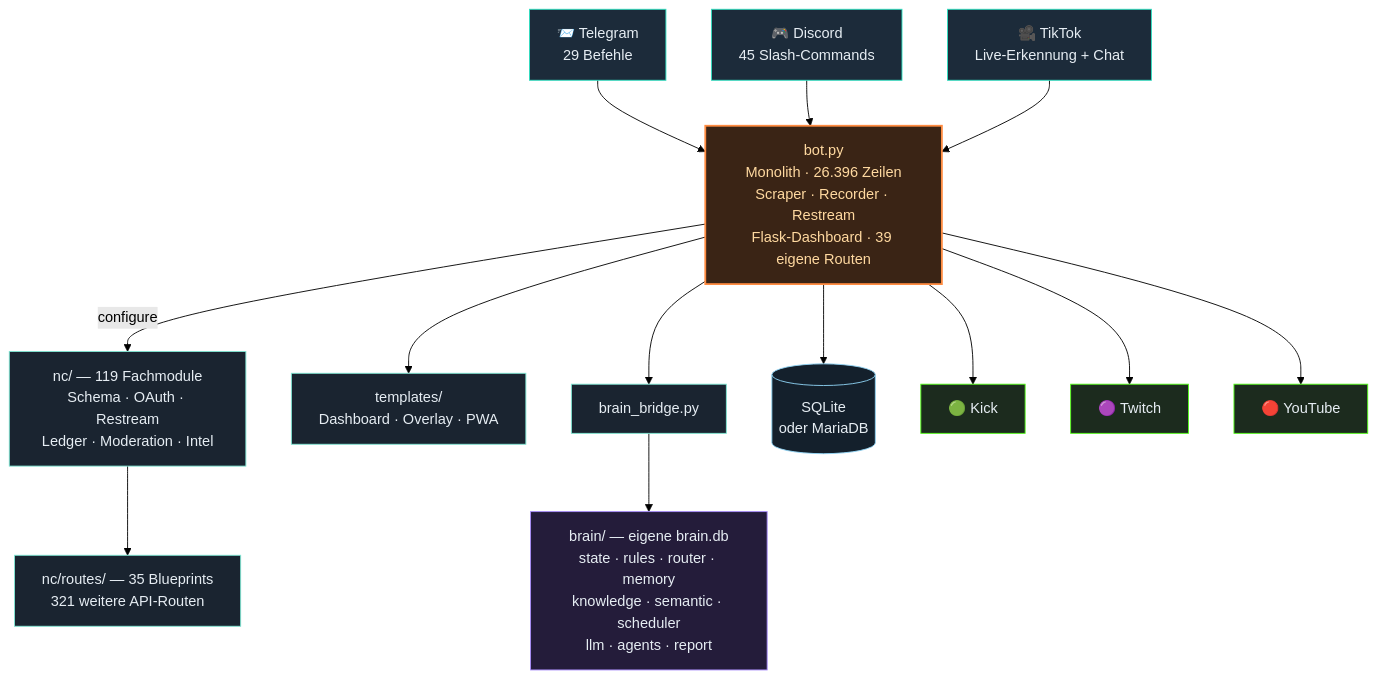
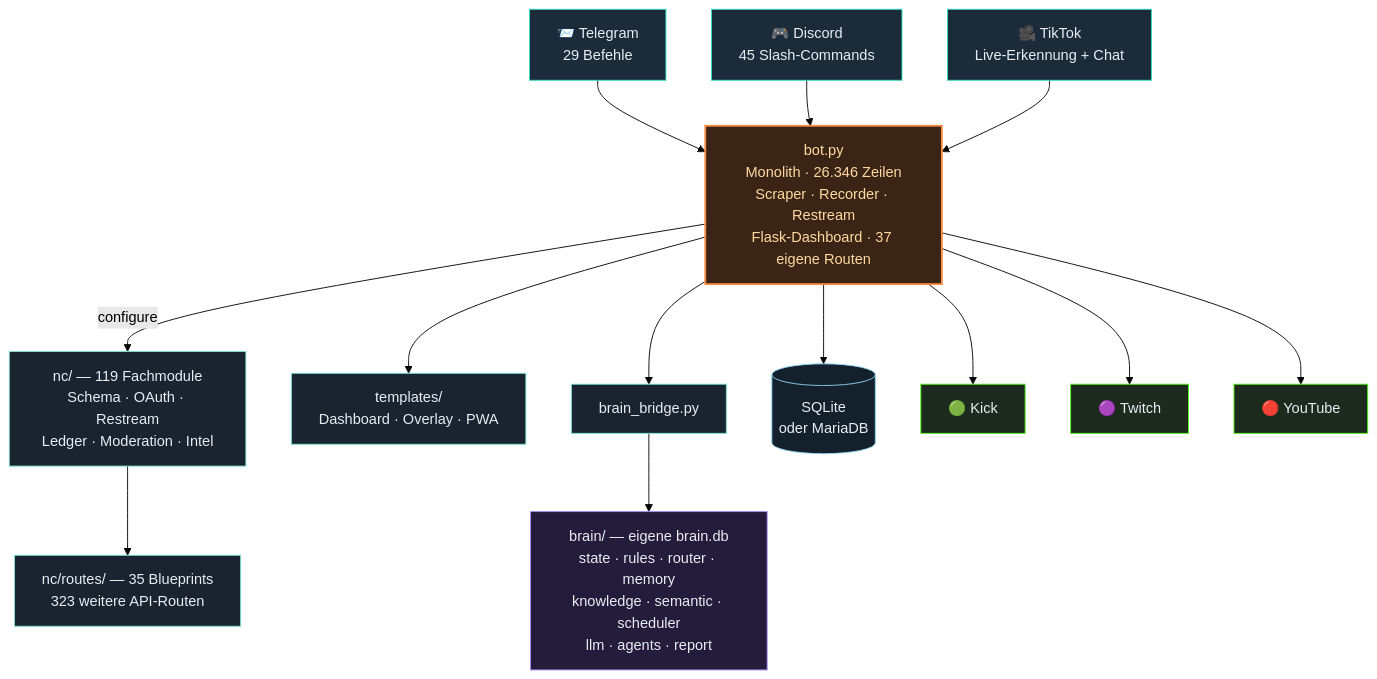
One commit to itsamemedev/Telegram-Stream-Info-Bot changed the third of 4 diagrams in README.md. Above: the diagram before and after it, drawn with Mermaid (forest theme). The commit also changed other lines of this file and 13 other files, not shown here.

````diff
--- a/README.md
+++ b/README.md
@@ -189,30 +189,30 @@
 ```mermaid
 flowchart TB
     TG["📨 Telegram<br/>29 Befehle"]:::ein
     DC["🎮 Discord<br/>45 Slash-Commands"]:::ein
     TT["🎥 TikTok<br/>Live-Erkennung + Chat"]:::ein
 
     TG --> BOT
     DC --> BOT
     TT --> BOT
 
-    BOT["bot.py<br/>Monolith · 26.396 Zeilen<br/>Scraper · Recorder · Restream<br/>Flask-Dashboard · 39 eigene Routen"]:::core
+    BOT["bot.py<br/>Monolith · 26.346 Zeilen<br/>Scraper · Recorder · Restream<br/>Flask-Dashboard · 37 eigene Routen"]:::core
 
     BOT -->|configure| NC["nc/ — 119 Fachmodule<br/>Schema · OAuth · Restream<br/>Ledger · Moderation · Intel"]:::lib
-    NC --> RT["nc/routes/ — 35 Blueprints<br/>321 weitere API-Routen"]:::lib
+    NC --> RT["nc/routes/ — 35 Blueprints<br/>323 weitere API-Routen"]:::lib
     BOT --> TPL["templates/<br/>Dashboard · Overlay · PWA"]:::lib
     BOT --> BR["brain_bridge.py"]:::lib
     BR --> BRAIN["brain/ — eigene brain.db<br/>state · rules · router · memory<br/>knowledge · semantic · scheduler<br/>llm · agents · report"]:::brain
     BOT --> DB[("SQLite<br/>oder MariaDB")]:::db
 
     BOT --> KICK["🟢 Kick"]:::out
     BOT --> TW["🟣 Twitch"]:::out
     BOT --> YT["🔴 YouTube"]:::out
 
     classDef ein fill:#1c2b3a,stroke:#2de1c2,color:#e6edf3
     classDef core fill:#3a2415,stroke:#ff8c42,stroke-width:2px,color:#ffd9a0
     classDef lib fill:#1a2430,stroke:#7fe7d4,color:#e6edf3
     classDef brain fill:#241c3a,stroke:#a78bfa,color:#e6edf3
     classDef db fill:#14202c,stroke:#8fd3f4,color:#e6edf3
     classDef out fill:#1c2b1e,stroke:#53fc18,color:#e6edf3
 ```
````
